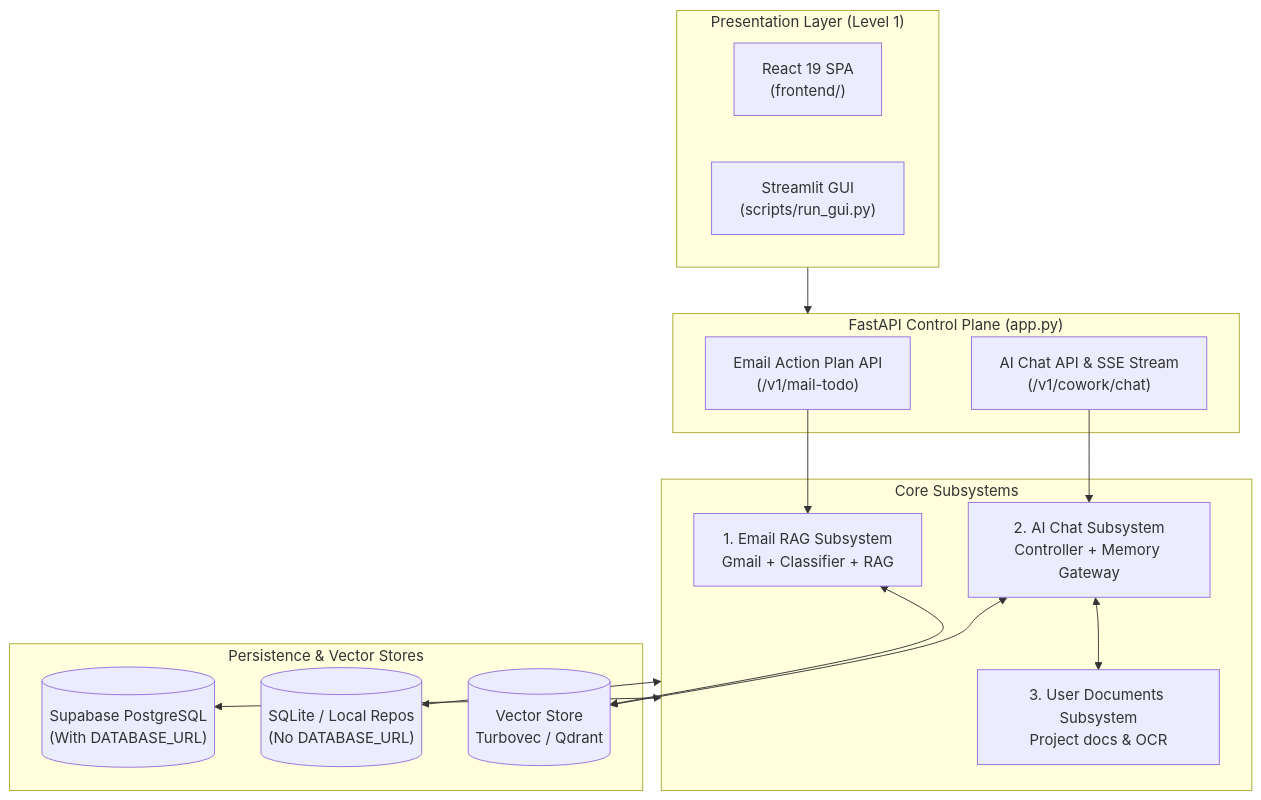
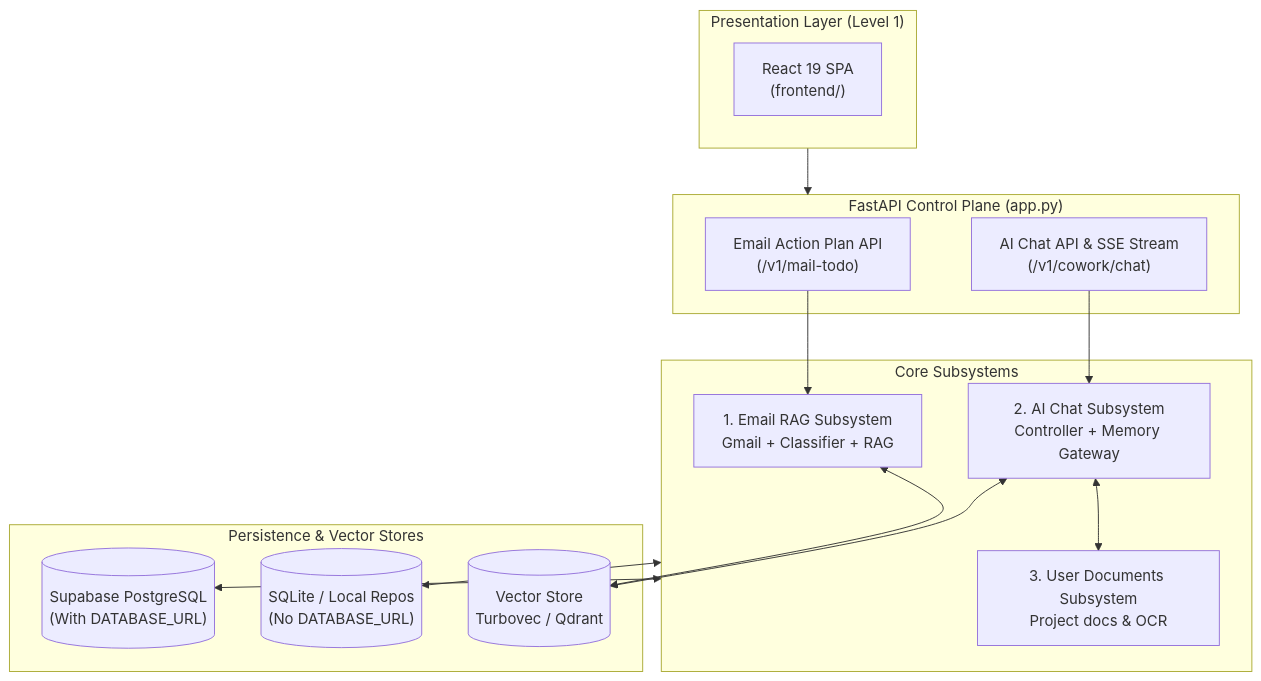
The diagram in docs/architectures/current-architectures/README.md (MathematicGuy/EMAIL-AGENT-v1), drawn with Mermaid before and after one commit. The commit also changed other lines of this file and 39 other files, not shown here.

Commit message:
docs(architecture): sync current-architectures for single-tenant MVP and clean up stale context

````diff
--- a/docs/architectures/current-architectures/README.md
+++ b/docs/architectures/current-architectures/README.md
@@ -15,34 +15,33 @@
 ```mermaid
 flowchart TB
     subgraph CLIENTS["Presentation Layer (Level 1)"]
         UI_REACT["React 19 SPA<br/>(frontend/)"]
-        UI_STREAMLIT["Streamlit GUI<br/>(scripts/run_gui.py)"]
     end
 
     subgraph API["FastAPI Control Plane (app.py)"]
         EMAIL_API["Email Action Plan API<br/>(/v1/mail-todo)"]
         CHAT_API["AI Chat API & SSE Stream<br/>(/v1/cowork/chat)"]
     end
 
     subgraph SUBSYSTEMS["Core Subsystems"]
         SUB_EMAIL["1. Email RAG Subsystem<br/>Gmail + Classifier + RAG"]
         SUB_CHAT["2. AI Chat Subsystem<br/>Controller + Memory Gateway"]
         SUB_DOCS["3. User Documents Subsystem<br/>Project docs & OCR"]
     end
 
     subgraph STORES["Persistence & Vector Stores"]
         DB_LOCAL[("SQLite / Local Repos<br/>(No DATABASE_URL)")]
         DB_PG[("Supabase PostgreSQL<br/>(With DATABASE_URL)")]
         VECTOR[("Vector Store<br/>Turbovec / Qdrant")]
     end
 
     CLIENTS --> API
     EMAIL_API --> SUB_EMAIL
     CHAT_API --> SUB_CHAT
     SUB_CHAT <--> SUB_DOCS
     
     SUB_EMAIL <--> VECTOR
     SUB_CHAT <--> VECTOR
     SUBSYSTEMS <--> DB_LOCAL
     SUBSYSTEMS <--> DB_PG
 ```
````
